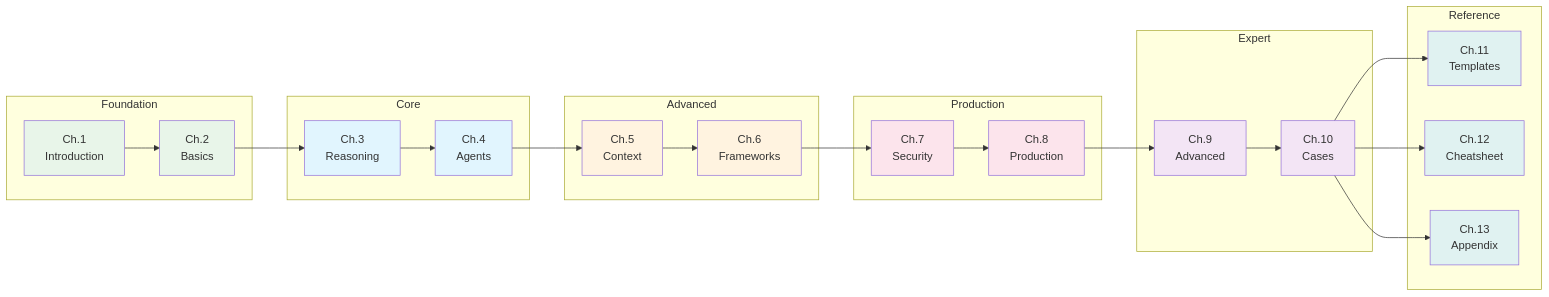
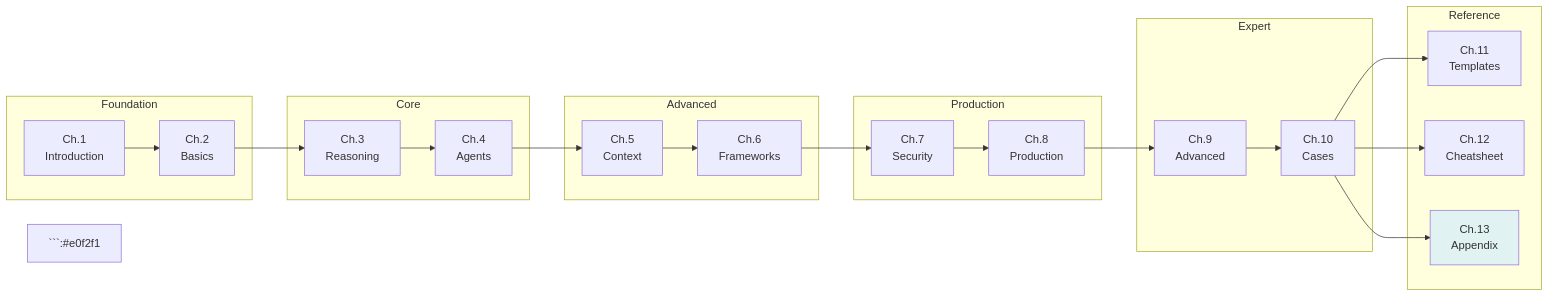
Before and after one commit to yuexiaoliang/prompt-engineering-learning: the fourth of 4 diagrams in 01-introduction-en.md, drawn with Mermaid. The commit also changed other lines of this file and 9 other files, not shown here.

First line of the commit message:
fix(prompt-engineering): remove hardcoded mermaid fill styles for theme auto-adaptation

````diff
--- a/01-introduction-en.md
+++ b/01-introduction-en.md
@@ -173,50 +161,38 @@
 ```mermaid
 flowchart LR
     subgraph Foundation
         A[Ch.1<br/>Introduction] --> B[Ch.2<br/>Basics]
     end
 
     subgraph Core
         B --> C[Ch.3<br/>Reasoning]
         C --> D[Ch.4<br/>Agents]
     end
 
     subgraph Advanced
         D --> E[Ch.5<br/>Context]
         E --> F[Ch.6<br/>Frameworks]
     end
 
     subgraph Production
         F --> G[Ch.7<br/>Security]
         G --> H[Ch.8<br/>Production]
     end
 
     subgraph Expert
         H --> I[Ch.9<br/>Advanced]
         I --> J[Ch.10<br/>Cases]
     end
 
     subgraph Reference
         K[Ch.11<br/>Templates]
         L[Ch.12<br/>Cheatsheet]
         M[Ch.13<br/>Appendix]
     end
 
-    J --> K
+        J --> K
     J --> L
     J --> M
-
-    style A fill:#e8f5e9
-    style B fill:#e8f5e9
-    style C fill:#e1f5fe
-    style D fill:#e1f5fe
-    style E fill:#fff3e0
-    style F fill:#fff3e0
-    style G fill:#fce4ec
-    style H fill:#fce4ec
-    style I fill:#f3e5f5
-    style J fill:#f3e5f5
-    style K fill:#e0f2f1
-    style L fill:#e0f2f1
+```:#e0f2f1
     style M fill:#e0f2f1
 ```
````
